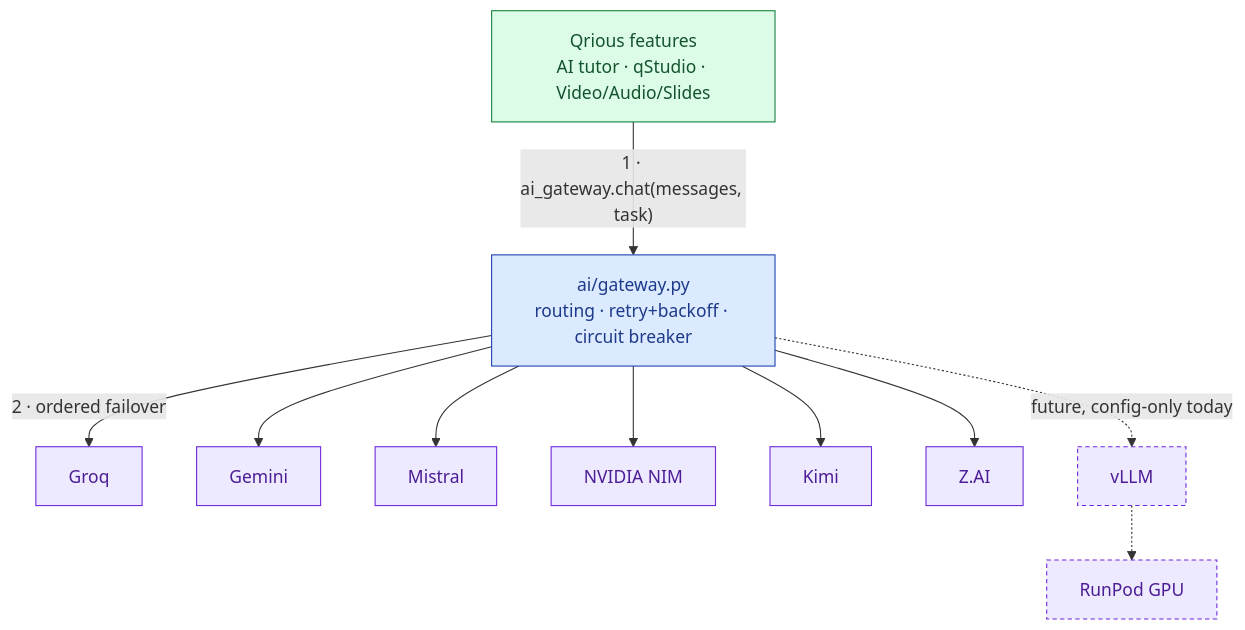
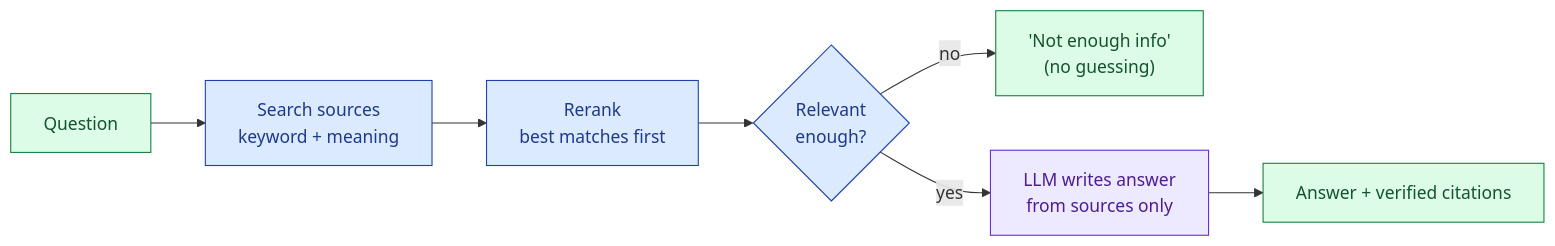
Before and after one commit to sarvan-2187/sih: the third of 7 diagrams in README.md, drawn with Mermaid. The commit also changed other lines of this file and 1 other file, not shown here.

````diff
--- a/README.md
+++ b/README.md
@@ -109,18 +122,13 @@
 ```mermaid
-flowchart TD
-    classDef caller fill:#dcfce7,stroke:#15803d,color:#14532d
-    classDef gateway fill:#dbeafe,stroke:#1e40af,color:#1e3a8a
-    classDef provider fill:#ede9fe,stroke:#6d28d9,color:#4c1d95
-    classDef future fill:#ede9fe,stroke:#6d28d9,color:#4c1d95,stroke-dasharray: 4 3
+flowchart LR
+    classDef a fill:#dbeafe,stroke:#1e40af,color:#1e3a8a
+    classDef b fill:#ede9fe,stroke:#6d28d9,color:#4c1d95
+    classDef c fill:#dcfce7,stroke:#15803d,color:#14532d
 
-    FEATURES["Qrious features<br/>AI tutor · qStudio · Video/Audio/Slides"]:::caller
-    FEATURES -->|"1 · ai_gateway.chat(messages, task)"| GW["ai/gateway.py<br/>routing · retry+backoff · circuit breaker"]:::gateway
-    GW -->|"2 · ordered failover"| GROQ["Groq"]:::provider
-    GW --> GEMINI["Gemini"]:::provider
-    GW --> MISTRAL["Mistral"]:::provider
-    GW --> NVIDIA["NVIDIA NIM"]:::provider
-    GW --> KIMI["Kimi"]:::provider
-    GW --> ZAI["Z.AI"]:::provider
-    GW -.->|"future, config-only today"| VLLM["vLLM"]:::future
-    VLLM -.-> RUNPOD["RunPod GPU"]:::future
+    Q["Question"]:::c --> R["Search sources<br/>keyword + meaning"]:::a
+    R --> RR["Rerank<br/>best matches first"]:::a
+    RR --> G{"Relevant<br/>enough?"}:::a
+    G -- no --> N["'Not enough info'<br/>(no guessing)"]:::c
+    G -- yes --> L["LLM writes answer<br/>from sources only"]:::b
+    L --> A["Answer + verified citations"]:::c
 ```
````
